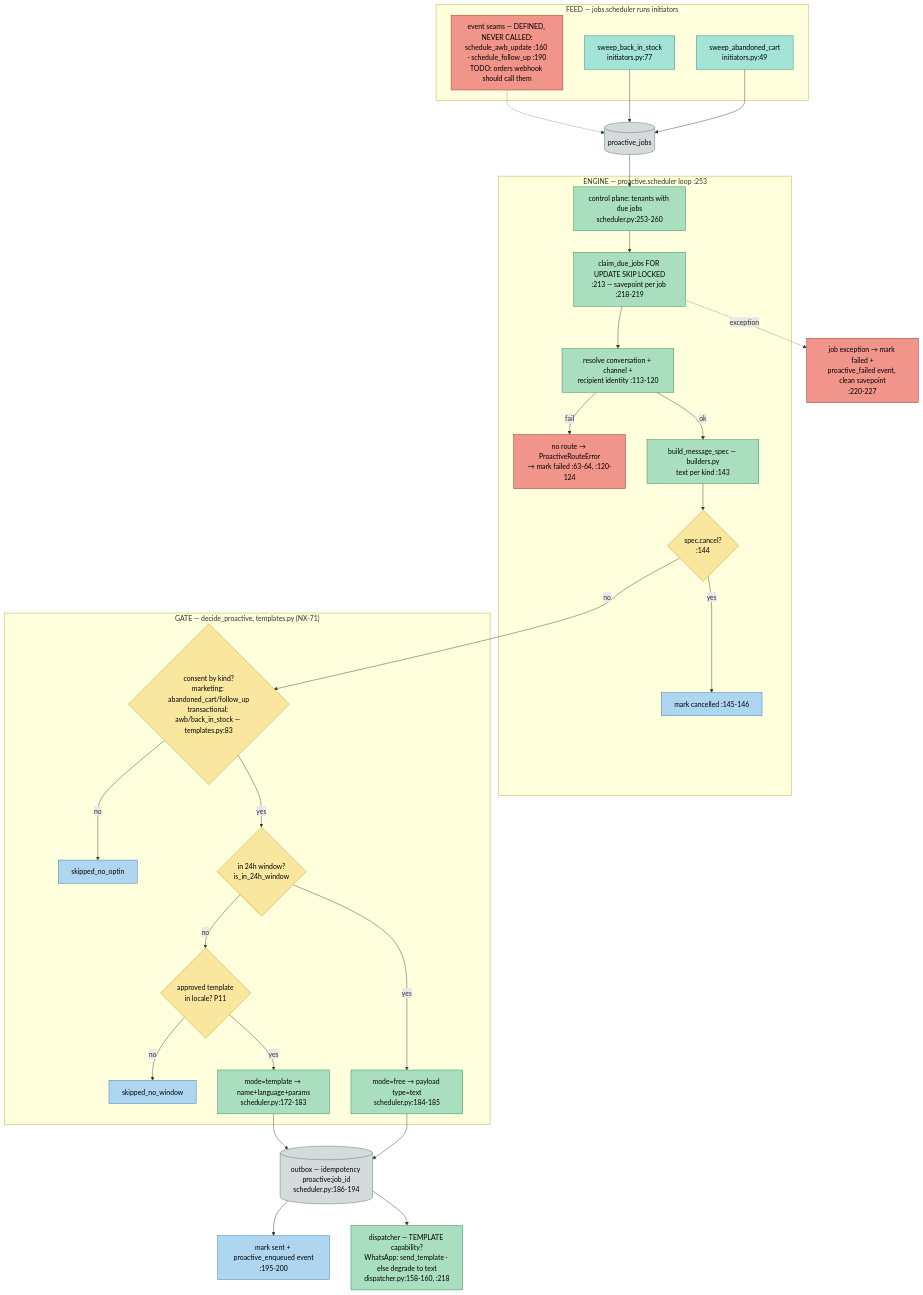
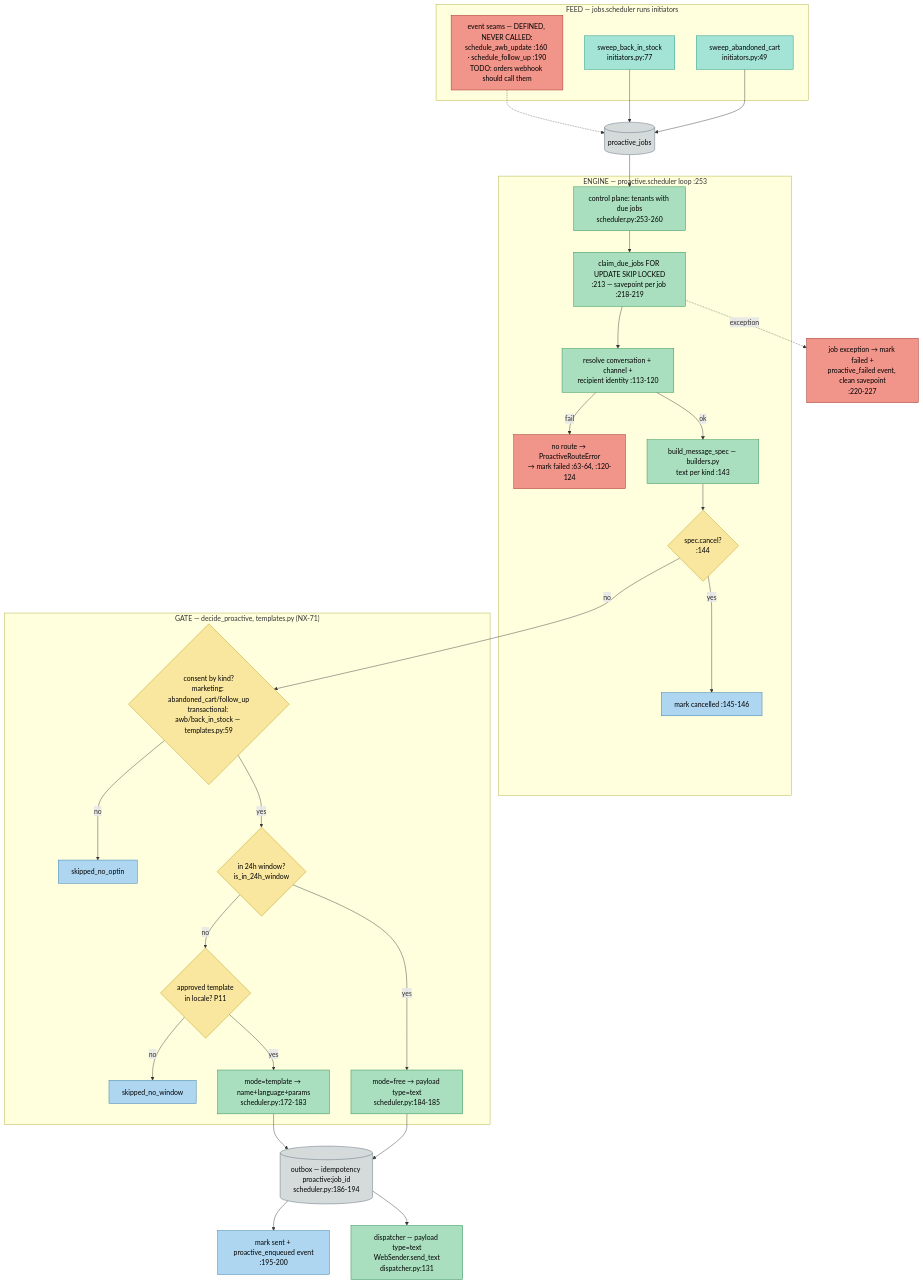
The diagram in docs/diagrams/10-proactive-lifecycle.mmd (AdiBoaru/Sales-Ass), drawn with Mermaid before and after one commit. The commit also changed 133 other files, not shown here.

First line of the commit message:
NX-289: WhatsApp si Telegram ies din proiect (cod + schema) (#362)

```diff
--- a/docs/diagrams/10-proactive-lifecycle.mmd
+++ b/docs/diagrams/10-proactive-lifecycle.mmd
@@ -1,64 +1,64 @@
 %% GENERAT din docs/ARCHITECTURE-WORKFLOWS.md — nu edita doar aici.
 %% Regenerare: python scripts/export_diagrams.py
 %% Editare vizuală: https://mermaid.live (paste tot fișierul)
 %% Diagram 10 — Proactive Lifecycle (adăugată la auditul adversarial)
 flowchart TD
   classDef dec fill:#f9e79f,stroke:#b7950b,color:#000
   classDef step fill:#a9dfbf,stroke:#1e8449,color:#000
   classDef db fill:#d5dbdb,stroke:#566573,color:#000
   classDef err fill:#f1948a,stroke:#922b21,color:#000
   classDef out fill:#aed6f1,stroke:#2874a6,color:#000
   classDef bg fill:#a3e4d7,stroke:#148f77,color:#000
 
   subgraph Feed["FEED — jobs.scheduler runs initiators"]
     SW1["sweep_abandoned_cart<br/>initiators.py:49"]:::bg
     SW2["sweep_back_in_stock<br/>initiators.py:77"]:::bg
     SEAM["event seams — DEFINED, NEVER CALLED:<br/>schedule_awb_update :160 · schedule_follow_up :190<br/>TODO: orders webhook should call them"]:::err
   end
 
   PJ[("proactive_jobs")]:::db
 
   subgraph Engine["ENGINE — proactive.scheduler loop :253"]
     CTL["control plane: tenants with due jobs<br/>scheduler.py:253-260"]:::step
     CLAIM["claim_due_jobs FOR UPDATE SKIP LOCKED<br/>:213 — savepoint per job :218-219"]:::step
     ROUTEP["resolve conversation + channel +<br/>recipient identity :113-120"]:::step
     RERR["no route → ProactiveRouteError<br/>→ mark failed :63-64, :120-124"]:::err
     BUILD["build_message_spec — builders.py<br/>text per kind :143"]:::step
     CANQ{"spec.cancel?<br/>:144"}:::dec
     CANC["mark cancelled :145-146"]:::out
   end
 
   subgraph Gate["GATE — decide_proactive, templates.py (NX-71)"]
-    CONS{"consent by kind?<br/>marketing: abandoned_cart/follow_up<br/>transactional: awb/back_in_stock — templates.py:83"}:::dec
+    CONS{"consent by kind?<br/>marketing: abandoned_cart/follow_up<br/>transactional: awb/back_in_stock — templates.py:59"}:::dec
     SK1["skipped_no_optin"]:::out
     WIN{"in 24h window?<br/>is_in_24h_window"}:::dec
     TPL{"approved template<br/>in locale? P11"}:::dec
     SK2["skipped_no_window"]:::out
     FREE["mode=free → payload type=text<br/>scheduler.py:184-185"]:::step
     TMPL["mode=template → name+language+params<br/>scheduler.py:172-183"]:::step
   end
 
   OB[("outbox — idempotency proactive:job_id<br/>scheduler.py:186-194")]:::db
   SENTP["mark sent + proactive_enqueued event<br/>:195-200"]:::out
   FAILP["job exception → mark failed +<br/>proactive_failed event, clean savepoint<br/>:220-227"]:::err
-  DISPP["dispatcher — TEMPLATE capability?<br/>WhatsApp: send_template · else degrade to text<br/>dispatcher.py:158-160, :218"]:::step
+  DISPP["dispatcher — payload type=text<br/>WebSender.send_text<br/>dispatcher.py:131"]:::step
 
   SW1 --> PJ
   SW2 --> PJ
   SEAM -.-> PJ
   PJ --> CTL --> CLAIM --> ROUTEP
   ROUTEP -- fail --> RERR
   ROUTEP -- ok --> BUILD --> CANQ
   CANQ -- yes --> CANC
   CANQ -- no --> CONS
   CONS -- no --> SK1
   CONS -- yes --> WIN
   WIN -- yes --> FREE
   WIN -- no --> TPL
   TPL -- no --> SK2
   TPL -- yes --> TMPL
   FREE --> OB
   TMPL --> OB
   OB --> SENTP
   CLAIM -. "exception" .-> FAILP
   OB --> DISPP
```
